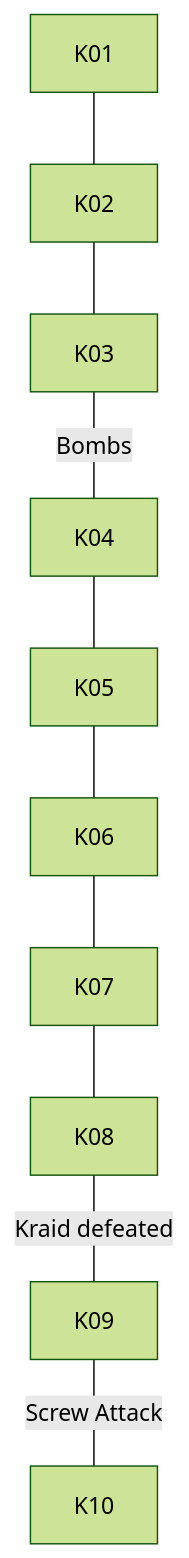
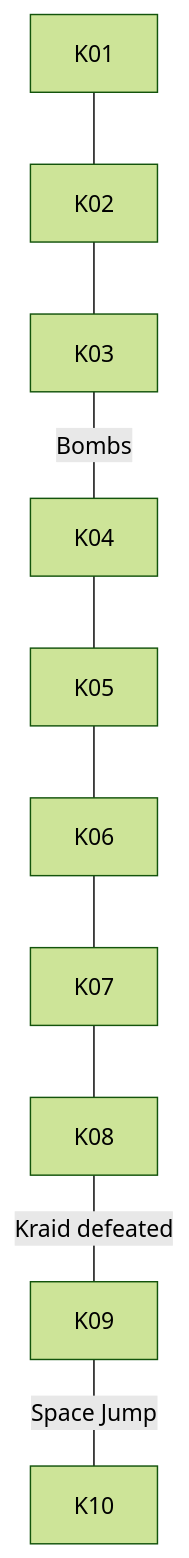
One commit to RetroCodeRamen/game-watch changed the third of 5 diagrams in metroid_watch/Metroid_Watch_Game_Design_Document.md. Above: the diagram before and after it, drawn with Mermaid (forest theme). The commit also changed other lines of this file and 6 other files, not shown here.

````diff
--- a/metroid_watch/Metroid_Watch_Game_Design_Document.md
+++ b/metroid_watch/Metroid_Watch_Game_Design_Document.md
@@ -167,12 +174,12 @@
 ```mermaid
 flowchart TD
     K01 --- K02
     K02 --- K03
     K03 ---|"Bombs"| K04
     K04 --- K05
     K05 --- K06
     K06 --- K07
     K07 --- K08
     K08 ---|"Kraid defeated"| K09
-    K09 ---|"Screw Attack"| K10
+    K09 ---|"Space Jump"| K10
 ```
````
